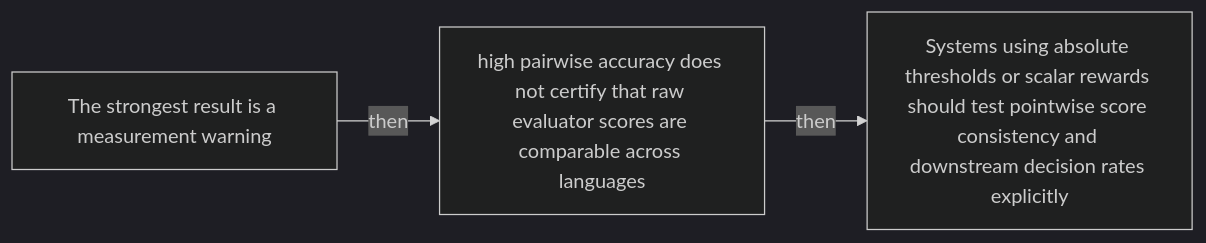
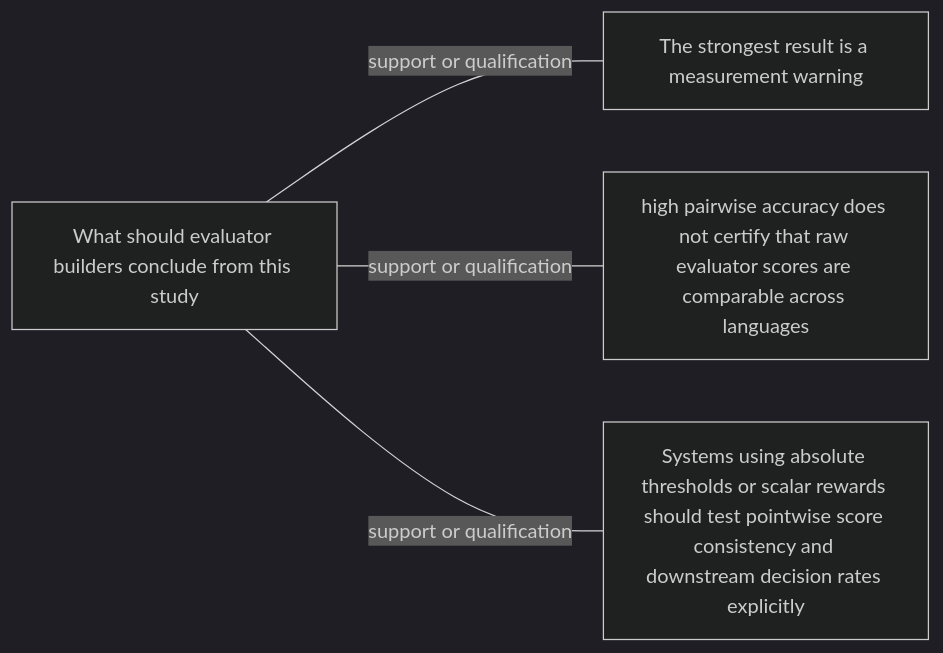
One commit to Betancourt1/paper_atlas changed diagram 45 of 48 in docs/visual-manifests/VISUAL_MANIFEST_LLM_EVALUATORS_LANGUAGES.md. Above: the diagram before and after it, drawn with Mermaid (dark theme). The commit also changed other lines of this file and 7 other files, not shown here.

````diff
--- a/docs/visual-manifests/VISUAL_MANIFEST_LLM_EVALUATORS_LANGUAGES.md
+++ b/docs/visual-manifests/VISUAL_MANIFEST_LLM_EVALUATORS_LANGUAGES.md
@@ -3779,8 +3788,10 @@
 ```mermaid
 flowchart LR
-  n1["The strongest result is a measurement warning"]
-  n2["high pairwise accuracy does not certify that raw evaluator scores are comparable across languages"]
-  n3["Systems using absolute thresholds or scalar rewards should test pointwise score consistency and downstream decision rates explicitly"]
-  n1 -->|"then"| n2
-  n2 -->|"then"| n3
+  center["What should evaluator builders conclude from this study"]
+  f1["The strongest result is a measurement warning"]
+  f2["high pairwise accuracy does not certify that raw evaluator scores are comparable across languages"]
+  f3["Systems using absolute thresholds or scalar rewards should test pointwise score consistency and downstream decision rates explicitly"]
+  center ---|"support or qualification"| f1
+  center ---|"support or qualification"| f2
+  center ---|"support or qualification"| f3
 ```
````
